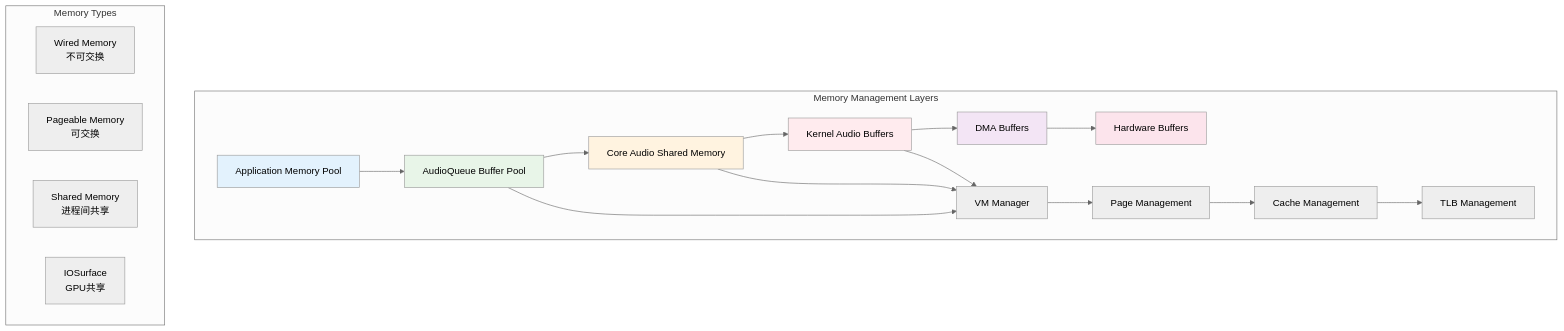
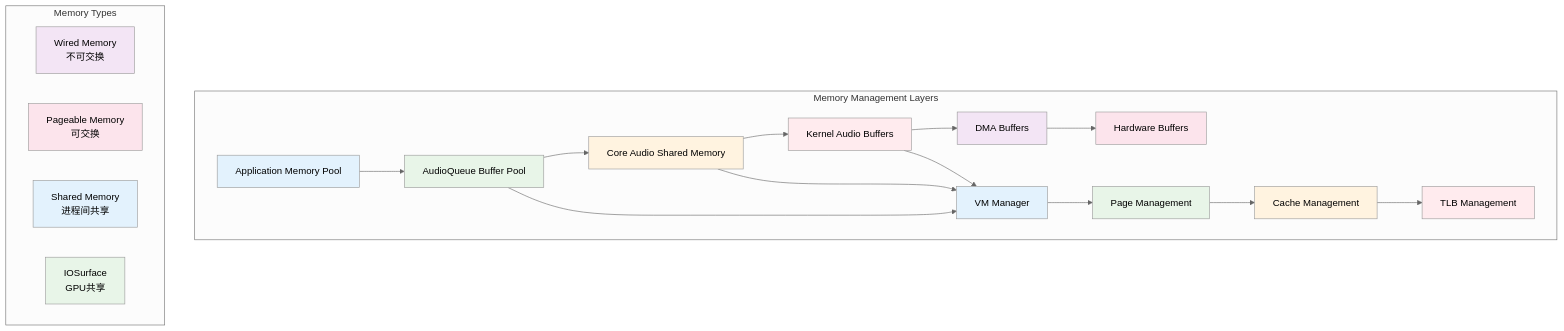
Before and after one commit to Dtheme/ohmy408: the fifth of 10 diagrams in ohmy408/datas.bundle/音频开发/1.2 AudioQueue技术原理和使用.md, drawn with Mermaid (neutral theme). The commit also changed other lines of this file and 7 other files, not shown here.

````diff
--- a/ohmy408/datas.bundle/音频开发/1.2 AudioQueue技术原理和使用.md
+++ b/ohmy408/datas.bundle/音频开发/1.2 AudioQueue技术原理和使用.md
@@ -214,32 +335,40 @@
 ```mermaid
 graph TD
     subgraph "Memory Management Layers"
         A[Application Memory Pool] --> B[AudioQueue Buffer Pool]
         B --> C[Core Audio Shared Memory]
         C --> D[Kernel Audio Buffers]
         D --> E[DMA Buffers]
         E --> F[Hardware Buffers]
         
         G[VM Manager] --> H[Page Management]
         H --> I[Cache Management]
         I --> J[TLB Management]
         
         B --> G
         C --> G
         D --> G
     end
     
     subgraph "Memory Types"
         K[Wired Memory<br/>不可交换]
         L[Pageable Memory<br/>可交换]
         M[Shared Memory<br/>进程间共享]
         N[IOSurface<br/>GPU共享]
     end
     
-    style A fill:#e3f2fd
-    style B fill:#e8f5e8
-    style C fill:#fff3e0
-    style D fill:#ffebee
-    style E fill:#f3e5f5
-    style F fill:#fce4ec
+    style A fill:#e3f2fd,color:#000
+    style B fill:#e8f5e8,color:#000
+    style C fill:#fff3e0,color:#000
+    style D fill:#ffebee,color:#000
+    style E fill:#f3e5f5,color:#000
+    style F fill:#fce4ec,color:#000
+    style G fill:#e3f2fd,color:#000
+    style H fill:#e8f5e8,color:#000
+    style I fill:#fff3e0,color:#000
+    style J fill:#ffebee,color:#000
+    style K fill:#f3e5f5,color:#000
+    style L fill:#fce4ec,color:#000
+    style M fill:#e3f2fd,color:#000
+    style N fill:#e8f5e8,color:#000
 ```
````
